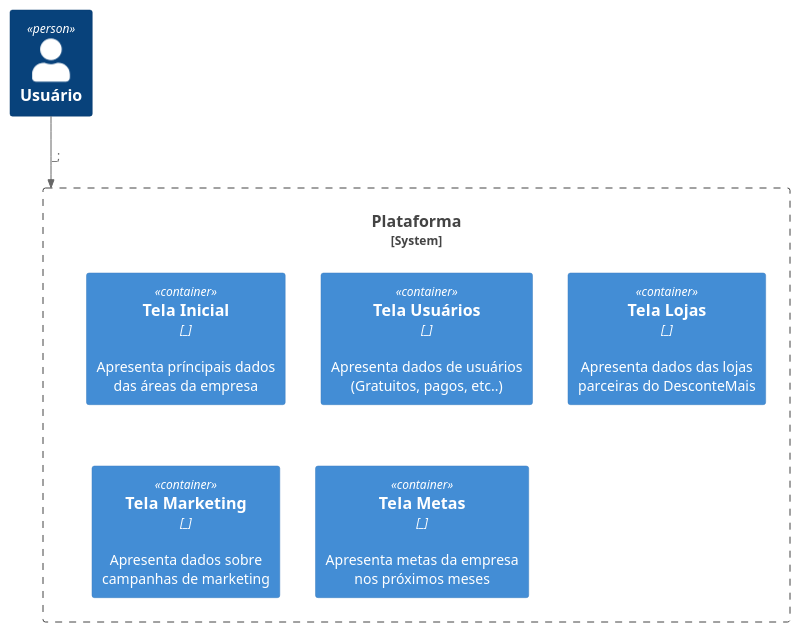
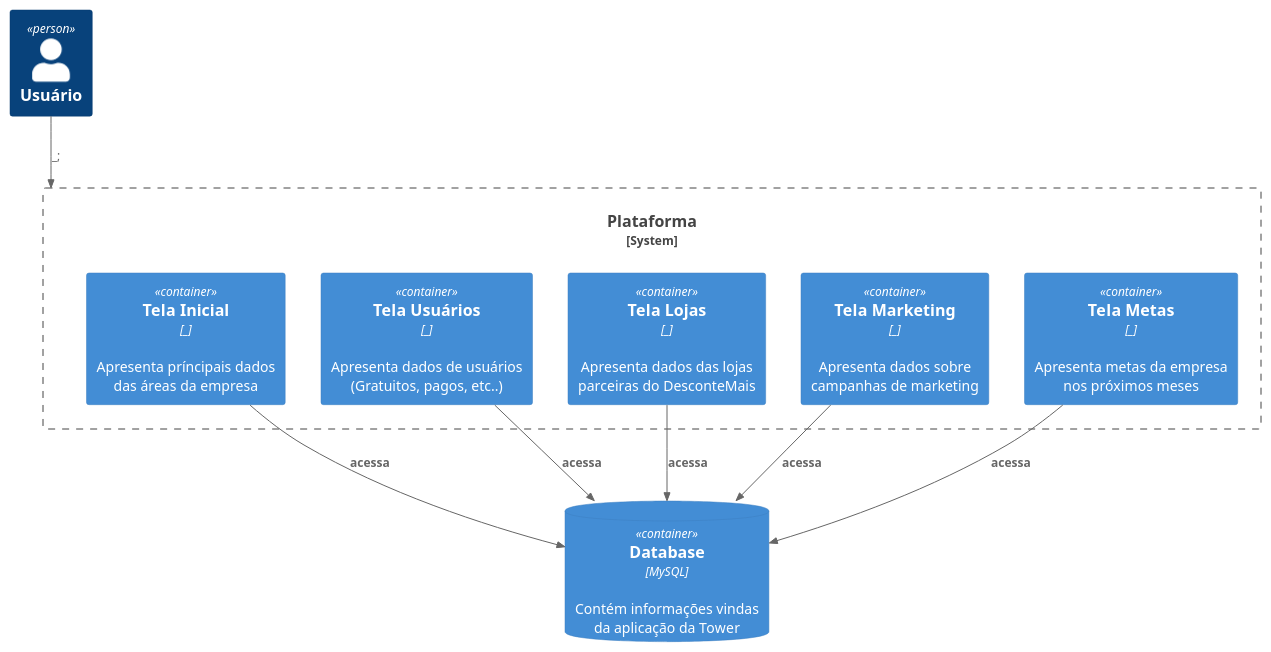
The diagram in src/doc/containers.plantuml (edsonlima2506/plataforma-dashboards), drawn with PlantUML before and after one commit.

Commit message:
Aprimora documentação no nível container

```diff
--- a/src/doc/containers.plantuml
+++ b/src/doc/containers.plantuml
@@ -1,15 +1,21 @@
 @startuml Context Plataforma Tower
 !include https://raw.githubusercontent.com/plantuml-stdlib/C4-PlantUML/master/C4_Container.puml
 
 Person(admin, "Usuário")
 System_Boundary(c1, "Plataforma") {
     Container(tela_principal, "Tela Inicial", "_", "Apresenta príncipais dados das áreas da empresa")
     Container(tela_usuarios, "Tela Usuários", "_", "Apresenta dados de usuários (Gratuitos, pagos, etc..)")
     Container(tela_lojas, "Tela Lojas", "_", "Apresenta dados das lojas parceiras do DesconteMais")
     Container(tela_marketing, "Tela Marketing", "_", "Apresenta dados sobre campanhas de marketing")
     Container(tela_metas, "Tela Metas", "_", "Apresenta metas da empresa nos próximos meses")
 }
+    ContainerDb(db, "Database", "MySQL", "Contém informações vindas da aplicação da Tower")
 
 Rel(admin, c1, "_");
+Rel(tela_principal, db, "acessa")
+Rel(tela_usuarios, db, "acessa")
+Rel(tela_marketing, db, "acessa")
+Rel(tela_metas, db, "acessa")
+Rel(tela_lojas, db, "acessa")
 
 @enduml
```
